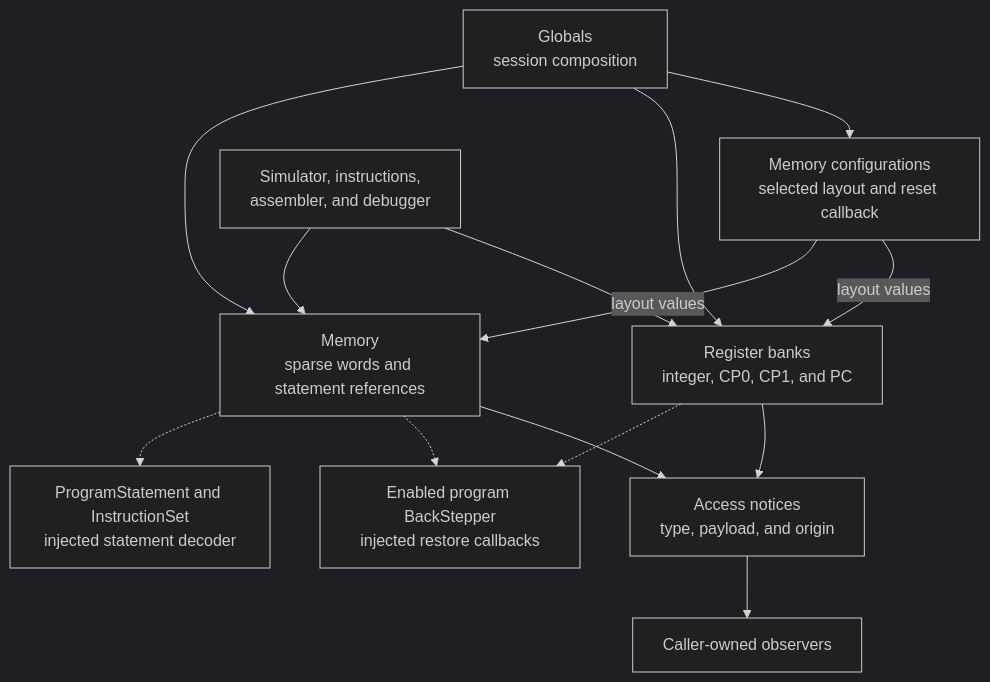
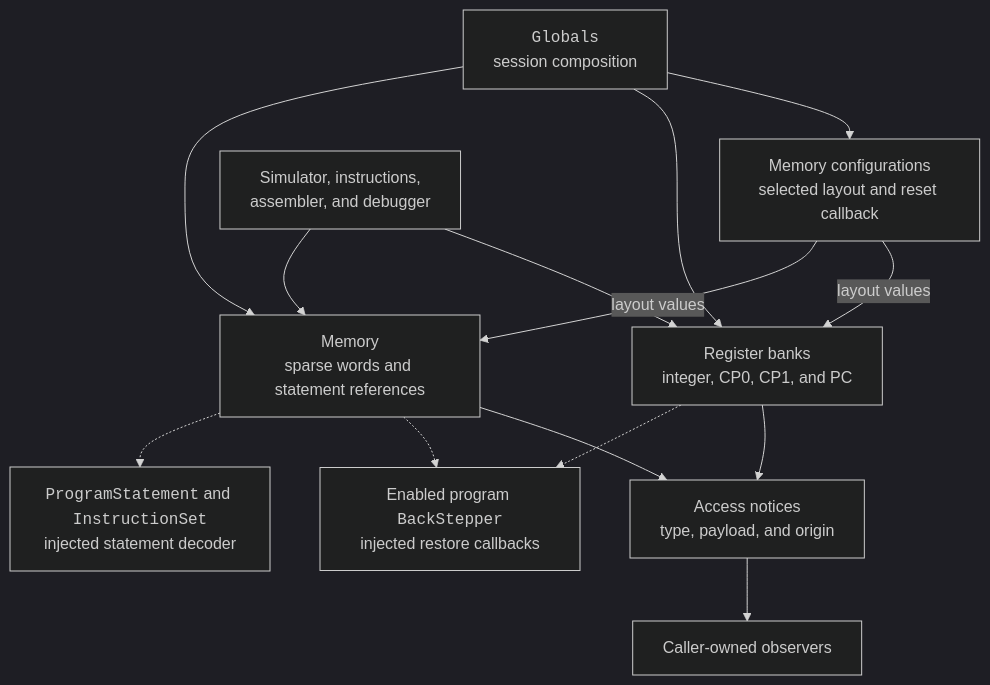
One commit to awpala/MARS-ts changed the first of 2 diagrams in src/lib/engine/hardware/README.md. Above: the diagram before and after it, drawn with Mermaid (dark theme). The commit also changed 9 other files, not shown here.

Commit message:
chore: add code/monospace formatting to diagram blocks

````diff
--- a/src/lib/engine/hardware/README.md
+++ b/src/lib/engine/hardware/README.md
@@ -19,16 +19,16 @@
 ```mermaid
 flowchart TB
-    Globals["Globals<br/>session composition"] --> Configs["Memory configurations<br/>selected layout and reset callback"]
+    Globals["<code>Globals</code><br/>session composition"] --> Configs["Memory configurations<br/>selected layout and reset callback"]
     Globals --> Registers["Register banks<br/>integer, CP0, CP1, and PC"]
     Globals --> Memory["Memory<br/>sparse words and statement references"]
     Configs -->|layout values| Registers
     Configs -->|layout values| Memory
     Registers --> Notices["Access notices<br/>type, payload, and origin"]
     Memory --> Notices
-    Registers -.-> History["Enabled program BackStepper<br/>injected restore callbacks"]
+    Registers -.-> History["Enabled program <code>BackStepper</code><br/>injected restore callbacks"]
     Memory -.-> History
-    Memory -.-> Decoder["ProgramStatement and InstructionSet<br/>injected statement decoder"]
+    Memory -.-> Decoder["<code>ProgramStatement</code> and <code>InstructionSet</code><br/>injected statement decoder"]
     Consumers["Simulator, instructions,<br/>assembler, and debugger"] --> Registers
     Consumers --> Memory
     Notices --> Observers["Caller-owned observers"]
 ```
````
